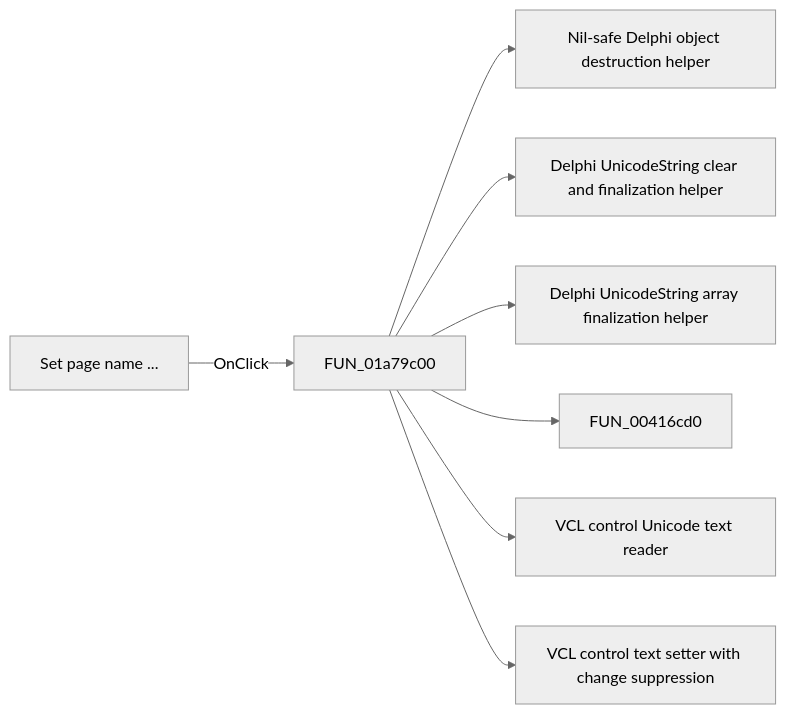
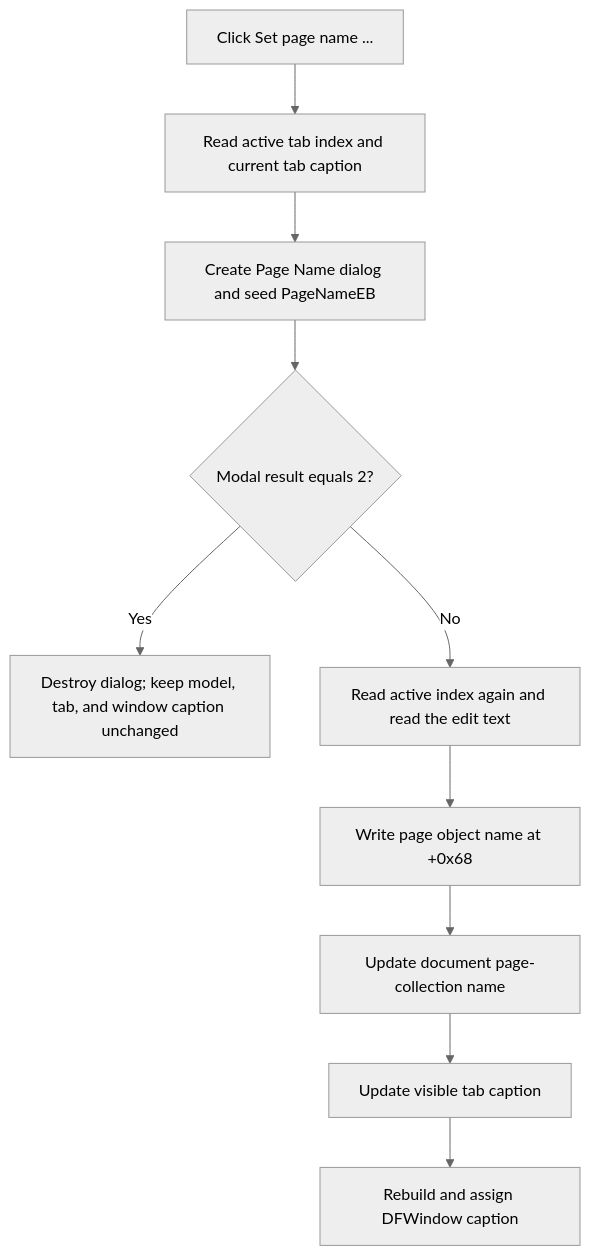
One commit to MovGP0/TIARA changed the diagram in docs/ui-controls/dfwindow/pagenamemnu-5e5625052f.md. Above: the diagram before and after it, drawn with Mermaid (neutral theme). The commit also changed other lines of this file and 680 other files, not shown here.

````diff
--- a/docs/ui-controls/dfwindow/pagenamemnu-5e5625052f.md
+++ b/docs/ui-controls/dfwindow/pagenamemnu-5e5625052f.md
@@ -27,10 +63,12 @@
 ```mermaid
-flowchart LR
-    control["Set page name ..."] -->|OnClick| handler["FUN_01a79c00"]
-    handler --> call1["Nil-safe Delphi object destruction helper"]
-    handler --> call2["Delphi UnicodeString clear and finalization helper"]
-    handler --> call3["Delphi UnicodeString array finalization helper"]
-    handler --> call4["FUN_00416cd0"]
-    handler --> call5["VCL control Unicode text reader"]
-    handler --> call6["VCL control text setter with change suppression"]
+flowchart TD
+    Click["Click Set page name ..."] --> Index["Read active tab index and current tab caption"]
+    Index --> Seed["Create Page Name dialog and seed PageNameEB"]
+    Seed --> Result{"Modal result equals 2?"}
+    Result -->|Yes| Cancel["Destroy dialog; keep model, tab, and window caption unchanged"]
+    Result -->|No| Read["Read active index again and read the edit text"]
+    Read --> Page["Write page object name at +0x68"]
+    Page --> Collection["Update document page-collection name"]
+    Collection --> Tab["Update visible tab caption"]
+    Tab --> Title["Rebuild and assign DFWindow caption"]
 ```
````
